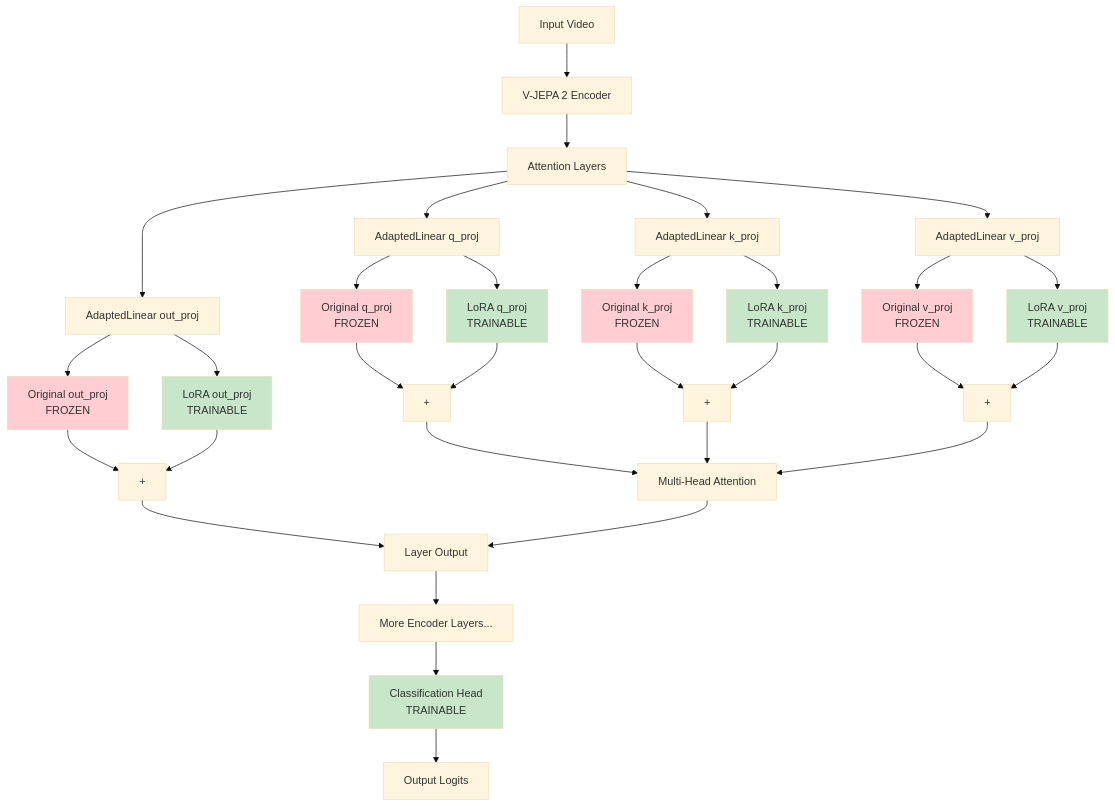
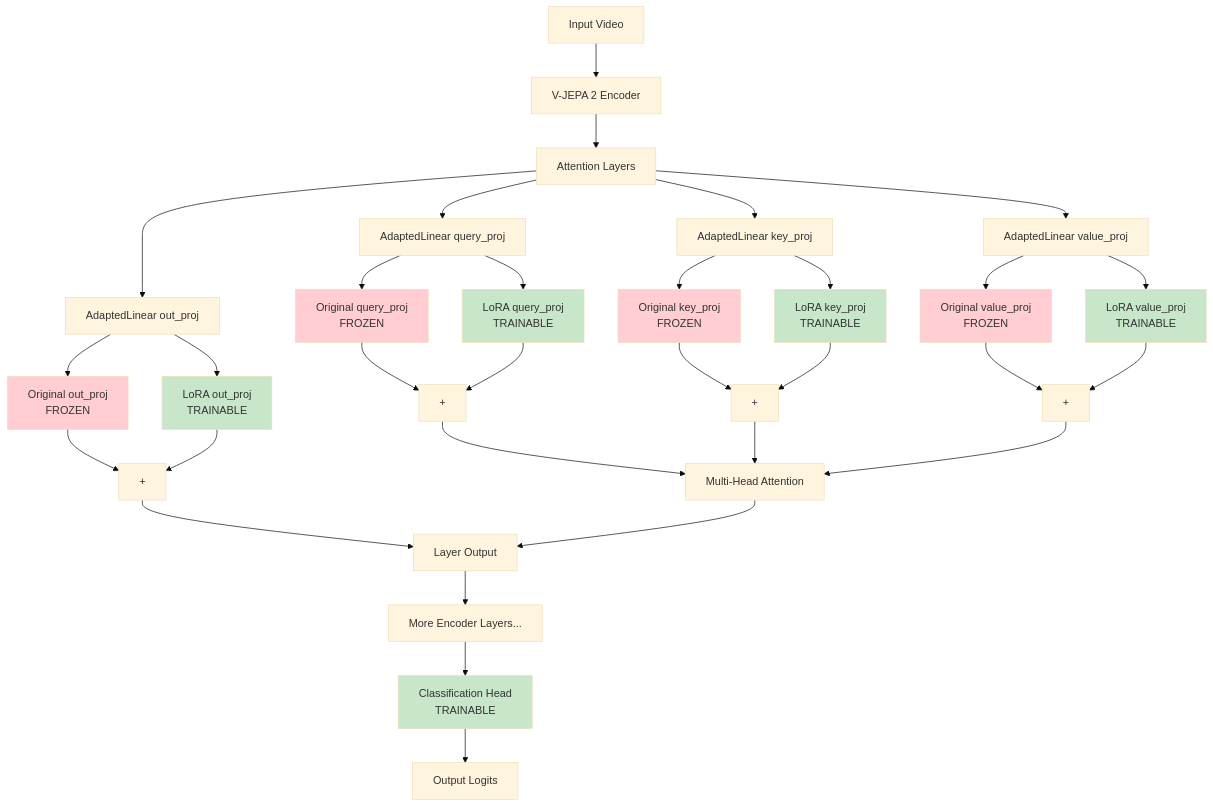
One commit to ZacCarrico/vjepa2 changed the second of 4 diagrams in lora_architecture_diagrams.md. Above: the diagram before and after it, drawn with Mermaid (base theme). The commit also changed other lines of this file, not shown here.

Commit message:
use full names for q k and v

````diff
--- a/lora_architecture_diagrams.md
+++ b/lora_architecture_diagrams.md
@@ -29,48 +29,48 @@
 ```mermaid
 graph TD
     A[Input Video] --> B[V-JEPA 2 Encoder]
     B --> C[Attention Layers]
-    C --> D[AdaptedLinear q_proj]
-    C --> E[AdaptedLinear k_proj]
-    C --> F[AdaptedLinear v_proj]
+    C --> D[AdaptedLinear query_proj]
+    C --> E[AdaptedLinear key_proj]
+    C --> F[AdaptedLinear value_proj]
     C --> G[AdaptedLinear out_proj]
 
-    D --> D1[Original q_proj<br/>FROZEN]
-    D --> D2[LoRA q_proj<br/>TRAINABLE]
+    D --> D1[Original query_proj<br/>FROZEN]
+    D --> D2[LoRA query_proj<br/>TRAINABLE]
     D1 --> D3[+]
     D2 --> D3
 
-    E --> E1[Original k_proj<br/>FROZEN]
-    E --> E2[LoRA k_proj<br/>TRAINABLE]
+    E --> E1[Original key_proj<br/>FROZEN]
+    E --> E2[LoRA key_proj<br/>TRAINABLE]
     E1 --> E3[+]
     E2 --> E3
 
-    F --> F1[Original v_proj<br/>FROZEN]
-    F --> F2[LoRA v_proj<br/>TRAINABLE]
+    F --> F1[Original value_proj<br/>FROZEN]
+    F --> F2[LoRA value_proj<br/>TRAINABLE]
     F1 --> F3[+]
     F2 --> F3
 
     G --> G1[Original out_proj<br/>FROZEN]
     G --> G2[LoRA out_proj<br/>TRAINABLE]
     G1 --> G3[+]
     G2 --> G3
 
     D3 --> H[Multi-Head Attention]
     E3 --> H
     F3 --> H
     G3 --> I[Layer Output]
     H --> I
     I --> J[More Encoder Layers...]
     J --> K[Classification Head<br/>TRAINABLE]
     K --> L[Output Logits]
 
     style D1 fill:#ffcdd2
     style E1 fill:#ffcdd2
     style F1 fill:#ffcdd2
     style G1 fill:#ffcdd2
     style D2 fill:#c8e6c9
     style E2 fill:#c8e6c9
     style F2 fill:#c8e6c9
     style G2 fill:#c8e6c9
     style K fill:#c8e6c9
 ```
````
